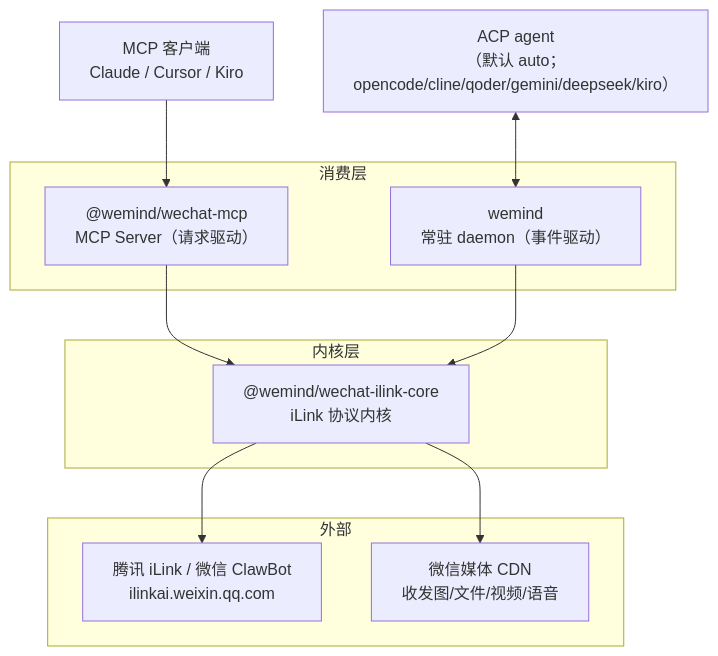
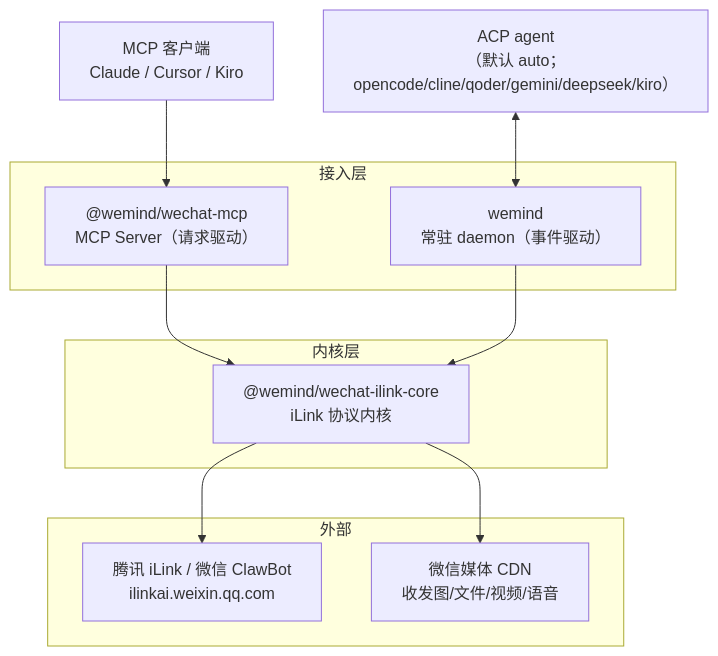
One commit to imwangpan/WeMind changed the first of 6 diagrams in docs/repowiki/02-系统架构.md. Above: the diagram before and after it, drawn with Mermaid. The commit also changed other lines of this file and 62 other files, not shown here.

````diff
--- a/docs/repowiki/02-系统架构.md
+++ b/docs/repowiki/02-系统架构.md
@@ -13,20 +13,20 @@
 ```mermaid
 graph TD
-    subgraph 消费层
+    subgraph 接入层
         MCP["@wemind/wechat-mcp<br/>MCP Server（请求驱动）"]
         DAEMON["wemind<br/>常驻 daemon（事件驱动）"]
     end
     subgraph 内核层
         CORE["@wemind/wechat-ilink-core<br/>iLink 协议内核"]
     end
     subgraph 外部
         ILINK["腾讯 iLink / 微信 ClawBot<br/>ilinkai.weixin.qq.com"]
         CDN["微信媒体 CDN<br/>收发图/文件/视频/语音"]
     end
     MCPCLIENT["MCP 客户端<br/>Claude / Cursor / Kiro"] --> MCP
     BRAIN["ACP agent<br/>（默认 auto；opencode/cline/qoder/gemini/deepseek/kiro）"] <--> DAEMON
     MCP --> CORE
     DAEMON --> CORE
     CORE --> ILINK
     CORE --> CDN
 ```
````
